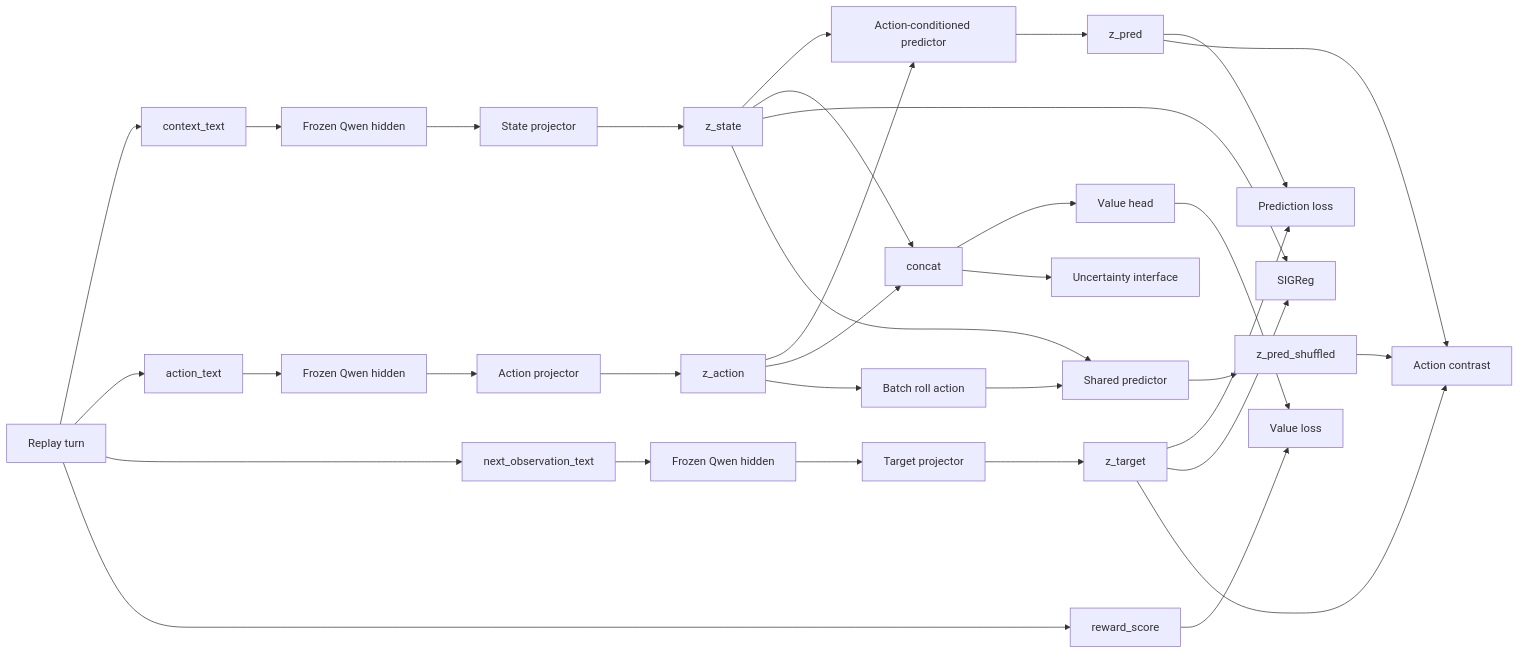
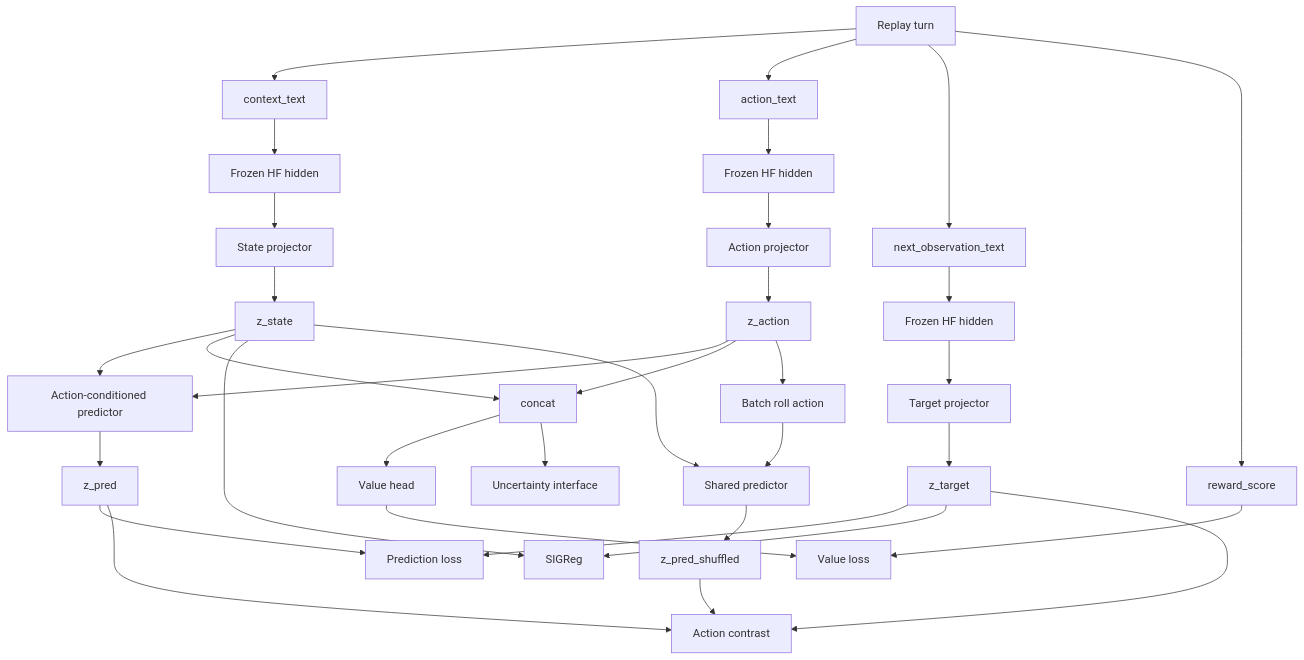
One commit to puyuan1996/OpenClaw-RL changed the second of 4 diagrams in rl_doc/openclaw_latent_world_model_value_head_talk_20260714.md. Above: the diagram before and after it, drawn with Mermaid. The commit also changed other lines of this file and 14 other files, not shown here.

````diff
--- a/rl_doc/openclaw_latent_world_model_value_head_talk_20260714.md
+++ b/rl_doc/openclaw_latent_world_model_value_head_talk_20260714.md
@@ -298,42 +298,42 @@
 ```mermaid
-flowchart LR
+flowchart TB
     R[Replay turn] --> C[context_text]
     R --> A[action_text]
     R --> O[next_observation_text]
     R --> Y[reward_score]
 
-    C --> HC[Frozen Qwen hidden]
-    A --> HA[Frozen Qwen hidden]
-    O --> HO[Frozen Qwen hidden]
+    C --> HC[Frozen HF hidden]
+    A --> HA[Frozen HF hidden]
+    O --> HO[Frozen HF hidden]
 
     HC --> PS[State projector]
     HA --> PA[Action projector]
     HO --> PO[Target projector]
 
     PS --> ZS[z_state]
     PA --> ZA[z_action]
     PO --> ZT[z_target]
 
     ZS --> F[Action-conditioned predictor]
     ZA --> F
     F --> ZP[z_pred]
 
     ZS --> CAT[concat]
     ZA --> CAT
     CAT --> V[Value head]
     CAT --> U[Uncertainty interface]
 
     ZP --> LP[Prediction loss]
     ZT --> LP
     ZS --> LR[SIGReg]
     ZT --> LR
     ZA --> AR[Batch roll action]
     ZS --> SF[Shared predictor]
     AR --> SF
     SF --> ZSHP[z_pred_shuffled]
     ZSHP --> LC[Action contrast]
     ZP --> LC
     ZT --> LC
     V --> LV[Value loss]
     Y --> LV
 ```
````
